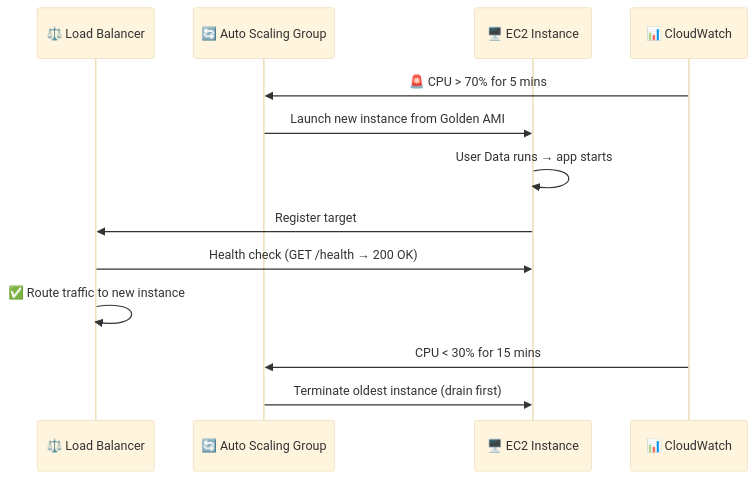
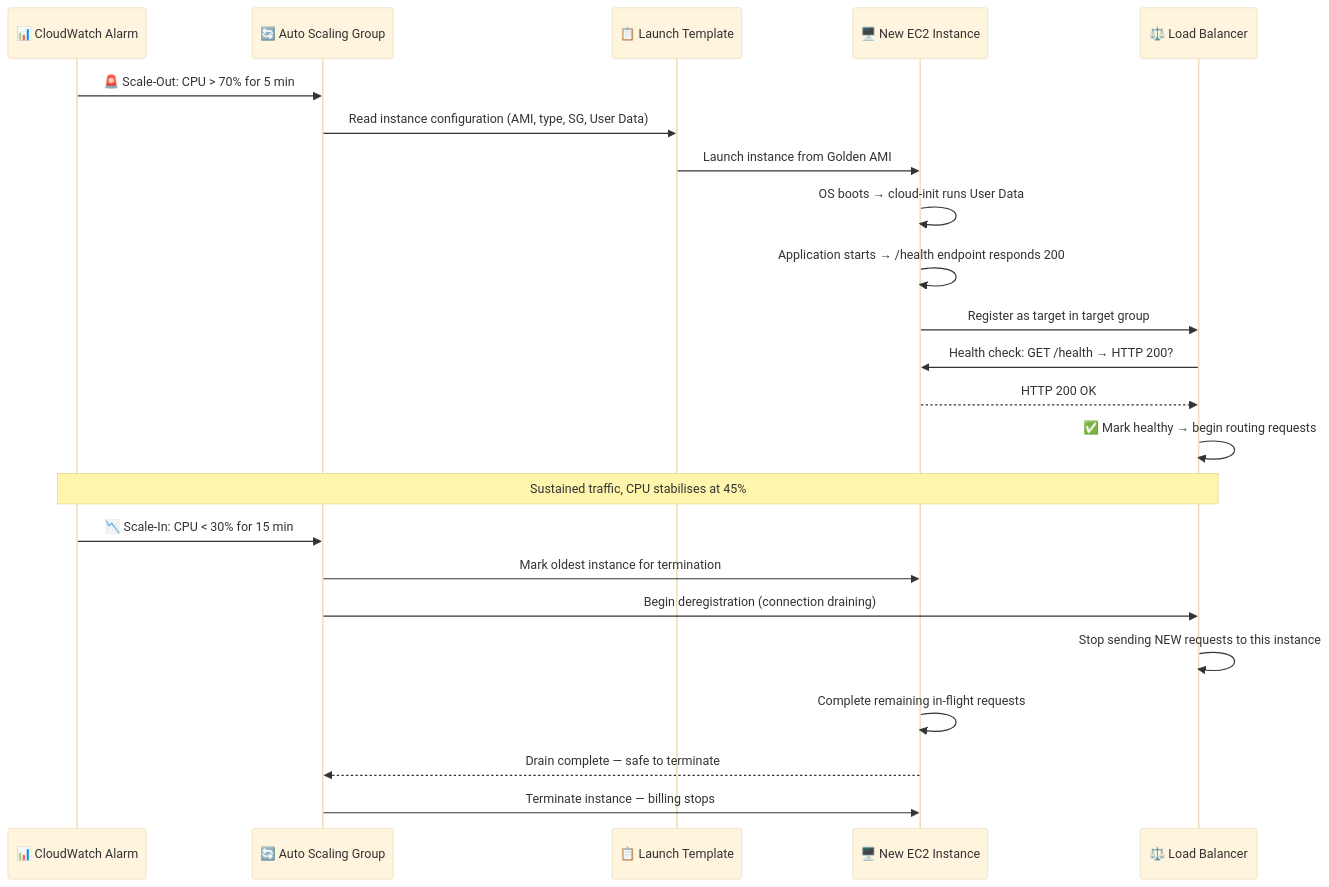
One commit to dharmatejasiddabathina/Aws-ZeroToHero changed diagram 12 of 14 in EC2/ec2.md. Above: the diagram before and after it, drawn with Mermaid (base theme). The commit also changed other lines of this file and 1 other file, not shown here.

````diff
--- a/EC2/ec2.md
+++ b/EC2/ec2.md
@@ -909,16 +1492,28 @@
 ```mermaid
 sequenceDiagram
+    participant CW as 📊 CloudWatch Alarm
+    participant ASG as 🔄 Auto Scaling Group
+    participant LT as 📋 Launch Template
+    participant EC2 as 🖥️ New EC2 Instance
     participant ALB as ⚖️ Load Balancer
-    participant ASG as 🔄 Auto Scaling Group
-    participant EC2 as 🖥️ EC2 Instance
-    participant CW as 📊 CloudWatch
 
-    CW->>ASG: 🚨 CPU > 70% for 5 mins
-    ASG->>EC2: Launch new instance from Golden AMI
-    EC2->>EC2: User Data runs → app starts
-    EC2->>ALB: Register target
-    ALB->>EC2: Health check (GET /health → 200 OK)
-    ALB->>ALB: ✅ Route traffic to new instance
-    CW->>ASG: CPU < 30% for 15 mins
-    ASG->>EC2: Terminate oldest instance (drain first)
+    CW->>ASG: 🚨 Scale-Out: CPU > 70% for 5 min
+    ASG->>LT: Read instance configuration (AMI, type, SG, User Data)
+    LT->>EC2: Launch instance from Golden AMI
+    EC2->>EC2: OS boots → cloud-init runs User Data
+    EC2->>EC2: Application starts → /health endpoint responds 200
+    EC2->>ALB: Register as target in target group
+    ALB->>EC2: Health check: GET /health → HTTP 200?
+    EC2-->>ALB: HTTP 200 OK
+    ALB->>ALB: ✅ Mark healthy → begin routing requests
+
+    Note over CW,ALB: Sustained traffic, CPU stabilises at 45%
+
+    CW->>ASG: 📉 Scale-In: CPU < 30% for 15 min
+    ASG->>EC2: Mark oldest instance for termination
+    ASG->>ALB: Begin deregistration (connection draining)
+    ALB->>ALB: Stop sending NEW requests to this instance
+    EC2->>EC2: Complete remaining in-flight requests
+    EC2-->>ASG: Drain complete — safe to terminate
+    ASG->>EC2: Terminate instance — billing stops
 ```
````
